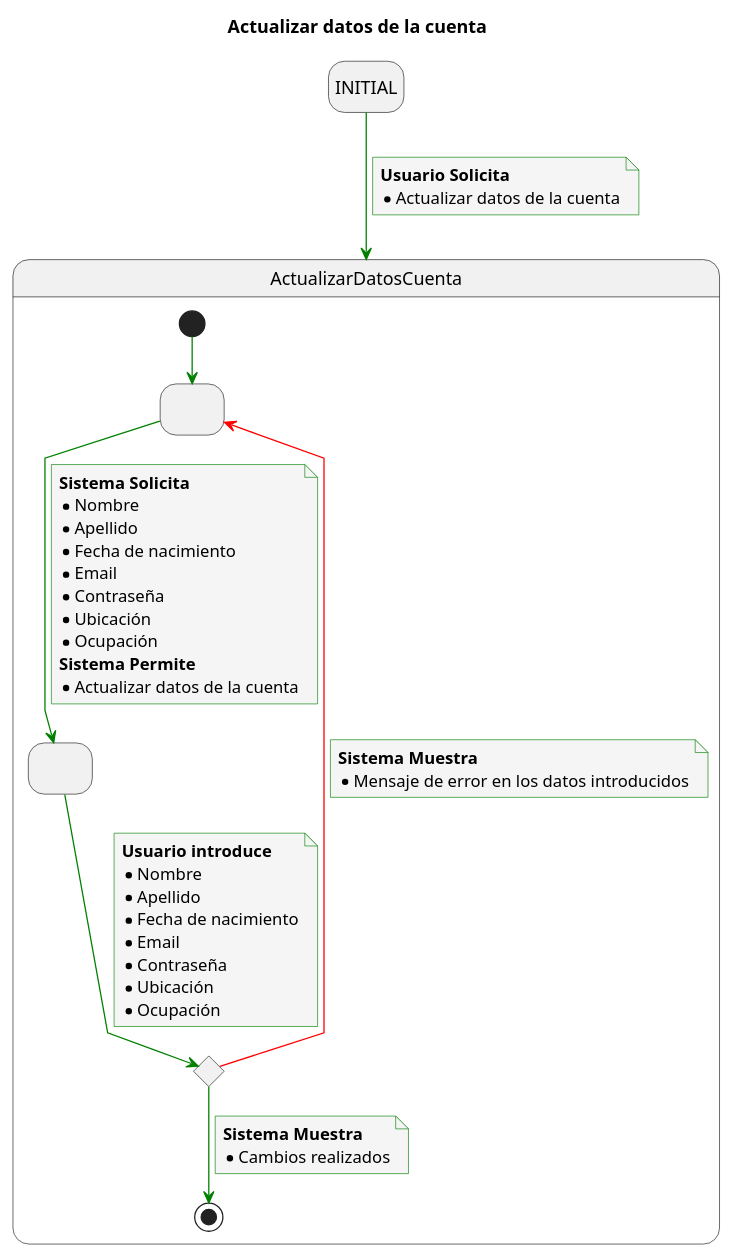
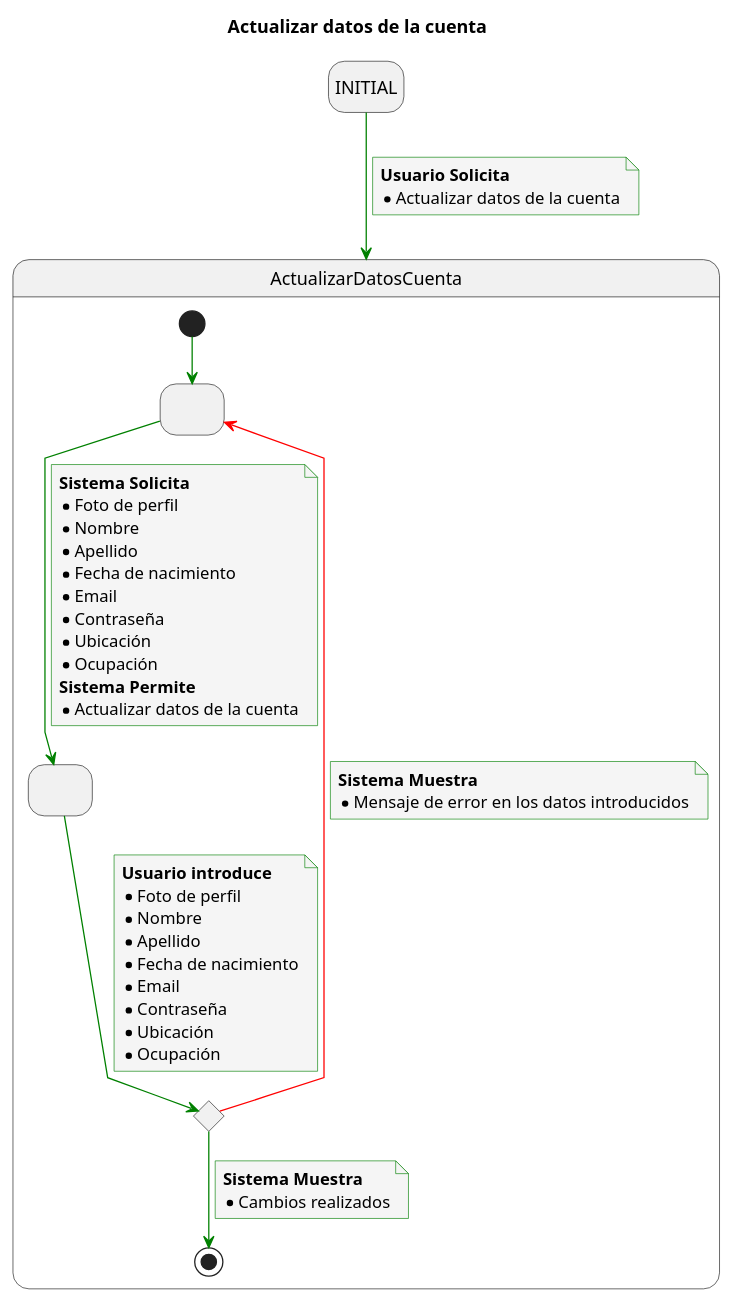
Before and after one commit to mmasias/23-24-IdSw1-SDR: the diagram in Caso_de_Uso/Casos_de_Uso/Egresado/Actualizar_Datos_Cuenta/Caso_de_Uso.puml, drawn with PlantUML. The commit also changed 1 other file, not shown here.

```diff
--- a/Caso_de_Uso/Casos_de_Uso/Egresado/Actualizar_Datos_Cuenta/Caso_de_Uso.puml
+++ b/Caso_de_Uso/Casos_de_Uso/Egresado/Actualizar_Datos_Cuenta/Caso_de_Uso.puml
@@ -1,69 +1,71 @@
 @startuml
 
 title Actualizar datos de la cuenta
 
 skinparam {
     NoteBackgroundColor #whiteSmoke
     ArrowColor #green
     NoteBorderColor #green
     linetype polyline
 }
 
 hide empty description
 
 state startState as "INITIAL"
 
 startState --> ActualizarDatosCuenta
 note on link
     <b>Usuario Solicita</b>
     * Actualizar datos de la cuenta
 end note
 
 state ActualizarDatosCuenta {
 state 2 as " "
 state 3 as " "
 state 4 <<choice>>
 
 [*] -down-> 2
 
 2 -down-> 3
 note on link
 <b>Sistema Solicita</b>
+* Foto de perfil
 * Nombre
 * Apellido
 * Fecha de nacimiento
 * Email
 * Contraseña
 * Ubicación
 * Ocupación
 <b>Sistema Permite</b>
 * Actualizar datos de la cuenta
 end note
 
 3 -down-> 4
 note on link
 <b>Usuario introduce</b>
+* Foto de perfil
 * Nombre
 * Apellido
 * Fecha de nacimiento
 * Email
 * Contraseña
 * Ubicación
 * Ocupación
 end note
 
 4 -down-> [*]
 note on link
 <b>Sistema Muestra</b>
 * Cambios realizados
 end note
 
 4 -[#red]-> 2
 note on link
 <b>Sistema Muestra</b>
 * Mensaje de error en los datos introducidos
 end note
 
 }
 
 @enduml
```
